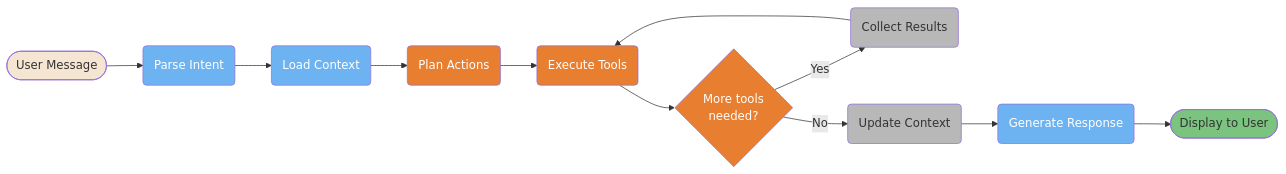
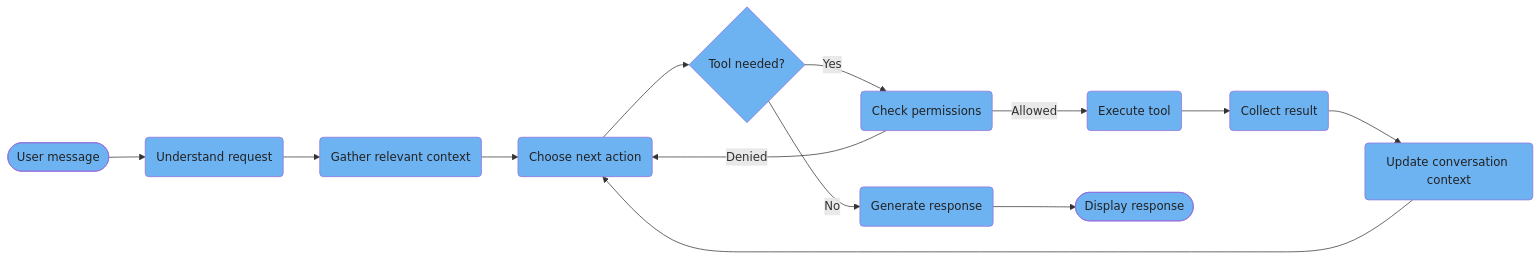
One commit to FlorianBruniaux/claude-code-ultimate-guide changed the second of 4 diagrams in guide/diagrams/01-foundations.md. Above: the diagram before and after it, drawn with Mermaid. The commit also changed other lines of this file and 17 other files, not shown here.

Commit message:
docs: refresh all diagrams and correct their source guidance

````diff
--- a/guide/diagrams/01-foundations.md
+++ b/guide/diagrams/01-foundations.md
@@ -87,35 +66,37 @@
 ```mermaid
 flowchart LR
-    A([User Message]) --> B(Parse Intent)
-    B --> C(Load Context)
-    C --> D(Plan Actions)
-    D --> E(Execute Tools)
-    E --> F{More tools<br/>needed?}
-    F -->|Yes| G(Collect Results)
-    G --> E
-    F -->|No| H(Update Context)
-    H --> I(Generate Response)
-    I --> J([Display to User])
-
-    style A fill:#F5E6D3,color:#333
-    style B fill:#6DB3F2,color:#fff
-    style C fill:#6DB3F2,color:#fff
-    style D fill:#E87E2F,color:#fff
-    style E fill:#E87E2F,color:#fff
-    style F fill:#E87E2F,color:#fff
-    style G fill:#B8B8B8,color:#333
-    style H fill:#B8B8B8,color:#333
-    style I fill:#6DB3F2,color:#fff
-    style J fill:#7BC47F,color:#333
-
-    click A href "https://github.com/FlorianBruniaux/claude-code-ultimate-guide/blob/main/guide/ultimate-guide.md#12-first-workflow" "First Workflow"
-    click B href "https://github.com/FlorianBruniaux/claude-code-ultimate-guide/blob/main/guide/core/architecture.md#1-the-master-loop" "Parse Intent — Master Loop"
-    click C href "https://github.com/FlorianBruniaux/claude-code-ultimate-guide/blob/main/guide/ultimate-guide.md#22-context-management" "Load Context"
-    click D href "https://github.com/FlorianBruniaux/claude-code-ultimate-guide/blob/main/guide/ultimate-guide.md#23-plan-mode" "Plan Actions — Plan Mode"
-    click E href "https://github.com/FlorianBruniaux/claude-code-ultimate-guide/blob/main/guide/core/architecture.md#2-the-tool-arsenal" "Execute Tools"
-    click F href "https://github.com/FlorianBruniaux/claude-code-ultimate-guide/blob/main/guide/core/architecture.md#1-the-master-loop" "More Tools? — Master Loop"
-    click G href "https://github.com/FlorianBruniaux/claude-code-ultimate-guide/blob/main/guide/core/architecture.md#1-the-master-loop" "Collect Results"
-    click H href "https://github.com/FlorianBruniaux/claude-code-ultimate-guide/blob/main/guide/ultimate-guide.md#22-context-management" "Update Context"
-    click I href "https://github.com/FlorianBruniaux/claude-code-ultimate-guide/blob/main/guide/core/architecture.md#1-the-master-loop" "Generate Response"
-    click J href "https://github.com/FlorianBruniaux/claude-code-ultimate-guide/blob/main/guide/ultimate-guide.md#12-first-workflow" "Display to User"
+    A([User message]) --> B(Understand request)
+    B --> C(Gather relevant context)
+    C --> D(Choose next action)
+    D --> F{Tool needed?}
+    F -->|Yes| P(Check permissions)
+    P -->|Allowed| E(Execute tool)
+    P -->|Denied| D
+    E --> G(Collect result)
+    G --> H(Update conversation context)
+    H --> D
+    F -->|No| I(Generate response)
+    I --> J([Display response])
+    style A fill:#6DB3F2,color:#222
+    click A href "https://github.com/FlorianBruniaux/claude-code-ultimate-guide/blob/main/guide/core/architecture.md#1-the-master-loop" "The master loop"
+    style B fill:#6DB3F2,color:#222
+    click B href "https://github.com/FlorianBruniaux/claude-code-ultimate-guide/blob/main/guide/core/architecture.md#1-the-master-loop" "The master loop"
+    style C fill:#6DB3F2,color:#222
+    click C href "https://github.com/FlorianBruniaux/claude-code-ultimate-guide/blob/main/guide/core/architecture.md#1-the-master-loop" "The master loop"
+    style D fill:#6DB3F2,color:#222
+    click D href "https://github.com/FlorianBruniaux/claude-code-ultimate-guide/blob/main/guide/core/architecture.md#1-the-master-loop" "The master loop"
+    style F fill:#6DB3F2,color:#222
+    click F href "https://github.com/FlorianBruniaux/claude-code-ultimate-guide/blob/main/guide/core/architecture.md#1-the-master-loop" "The master loop"
+    style P fill:#6DB3F2,color:#222
+    click P href "https://github.com/FlorianBruniaux/claude-code-ultimate-guide/blob/main/guide/core/architecture.md#1-the-master-loop" "The master loop"
+    style E fill:#6DB3F2,color:#222
+    click E href "https://github.com/FlorianBruniaux/claude-code-ultimate-guide/blob/main/guide/core/architecture.md#1-the-master-loop" "The master loop"
+    style G fill:#6DB3F2,color:#222
+    click G href "https://github.com/FlorianBruniaux/claude-code-ultimate-guide/blob/main/guide/core/architecture.md#1-the-master-loop" "The master loop"
+    style H fill:#6DB3F2,color:#222
+    click H href "https://github.com/FlorianBruniaux/claude-code-ultimate-guide/blob/main/guide/core/architecture.md#1-the-master-loop" "The master loop"
+    style I fill:#6DB3F2,color:#222
+    click I href "https://github.com/FlorianBruniaux/claude-code-ultimate-guide/blob/main/guide/core/architecture.md#1-the-master-loop" "The master loop"
+    style J fill:#6DB3F2,color:#222
+    click J href "https://github.com/FlorianBruniaux/claude-code-ultimate-guide/blob/main/guide/core/architecture.md#1-the-master-loop" "The master loop"
 ```
````
